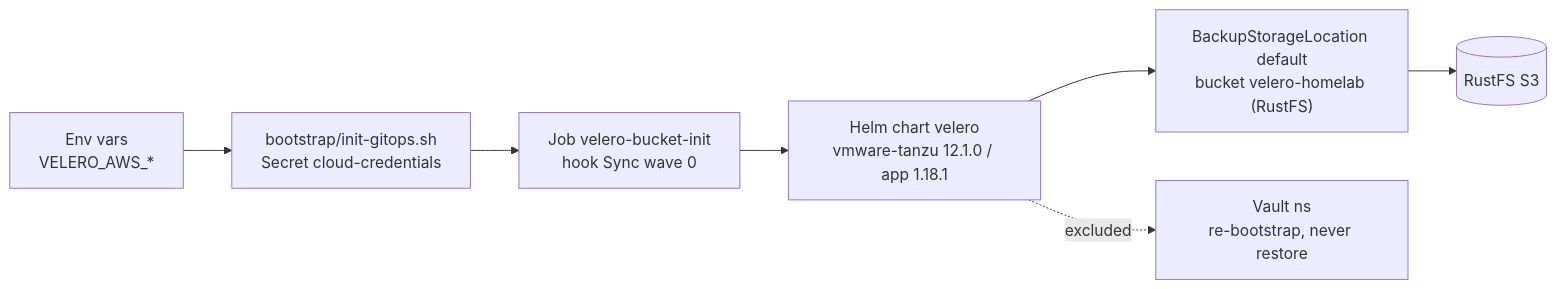
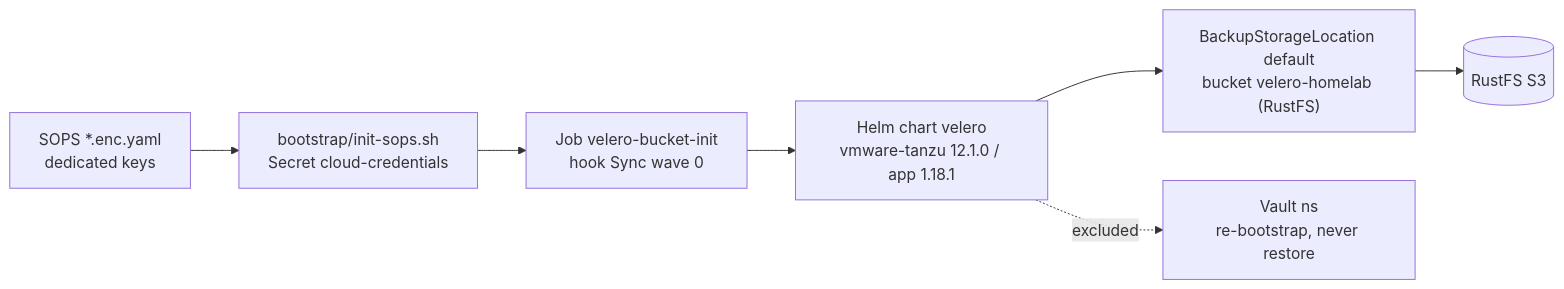
Before and after one commit to Seom88/secured-gitops-tailscale-homelab: the diagram in platform/velero/README.md, drawn with Mermaid. The commit also changed other lines of this file and 31 other files, not shown here.

````diff
--- a/platform/velero/README.md
+++ b/platform/velero/README.md
@@ -24,9 +24,9 @@
 ```mermaid
 flowchart LR
-    ENV["Env vars<br/>VELERO_AWS_*"] --> BOOT["bootstrap/init-gitops.sh<br/>Secret cloud-credentials"]
+    ENV["SOPS *.enc.yaml<br/>dedicated keys"] --> BOOT["bootstrap/init-sops.sh<br/>Secret cloud-credentials"]
     BOOT --> JOB["Job velero-bucket-init<br/>hook Sync wave 0"]
     JOB --> CHART["Helm chart velero<br/>vmware-tanzu 12.1.0 / app 1.18.1"]
     CHART --> BSL["BackupStorageLocation default<br/>bucket velero-homelab (RustFS)"]
     BSL --> RUSTFS[("RustFS S3")]
     CHART -.->|excluded| VAULT["Vault ns<br/>re-bootstrap, never restore"]
 ```
````
